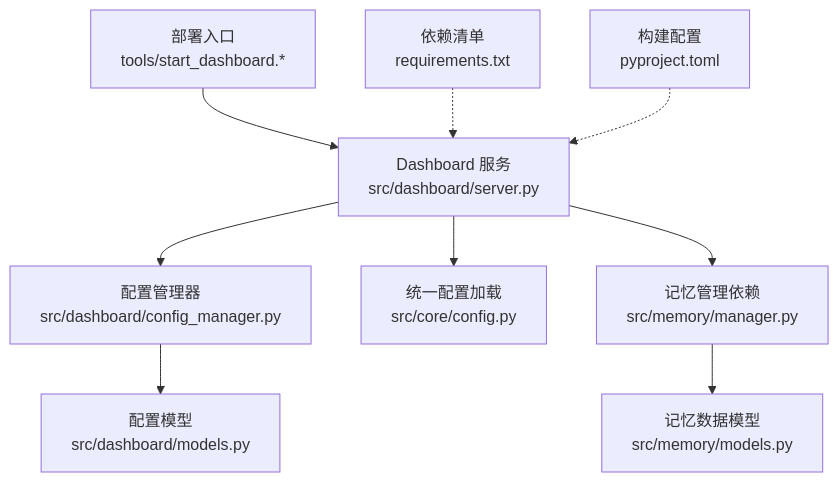
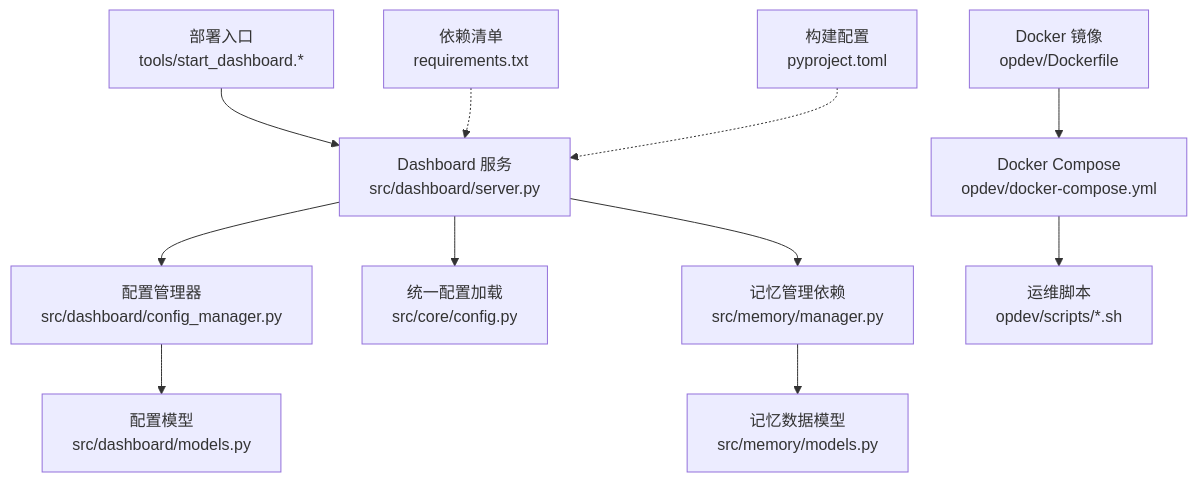
One commit to JieGaoPrinceton/NecoRAG changed the first of 7 diagrams in .qoder/repowiki/zh/content/部署与运维/部署与运维.md. Above: the diagram before and after it, drawn with Mermaid. The commit also changed other lines of this file and 20 other files, not shown here.

````diff
--- a/.qoder/repowiki/zh/content/部署与运维/部署与运维.md
+++ b/.qoder/repowiki/zh/content/部署与运维/部署与运维.md
@@ -50,11 +61,13 @@
 ```mermaid
 graph TB
 A["部署入口<br/>tools/start_dashboard.*"] --> B["Dashboard 服务<br/>src/dashboard/server.py"]
 B --> C["配置管理器<br/>src/dashboard/config_manager.py"]
 C --> D["配置模型<br/>src/dashboard/models.py"]
 B --> E["统一配置加载<br/>src/core/config.py"]
 B --> F["记忆管理依赖<br/>src/memory/manager.py"]
 F --> G["记忆数据模型<br/>src/memory/models.py"]
 H["依赖清单<br/>requirements.txt"] -.-> B
 I["构建配置<br/>pyproject.toml"] -.-> B
+J["Docker 镜像<br/>opdev/Dockerfile"] --> K["Docker Compose<br/>opdev/docker-compose.yml"]
+K --> L["运维脚本<br/>opdev/scripts/*.sh"]
 ```
````
